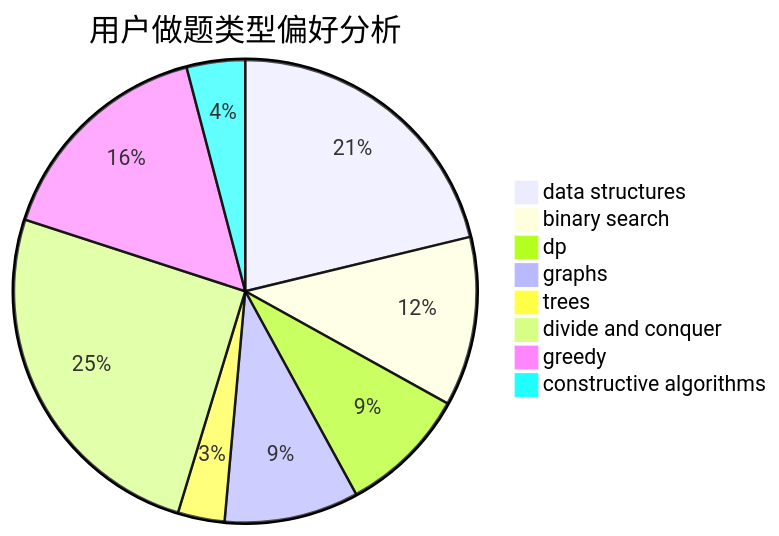
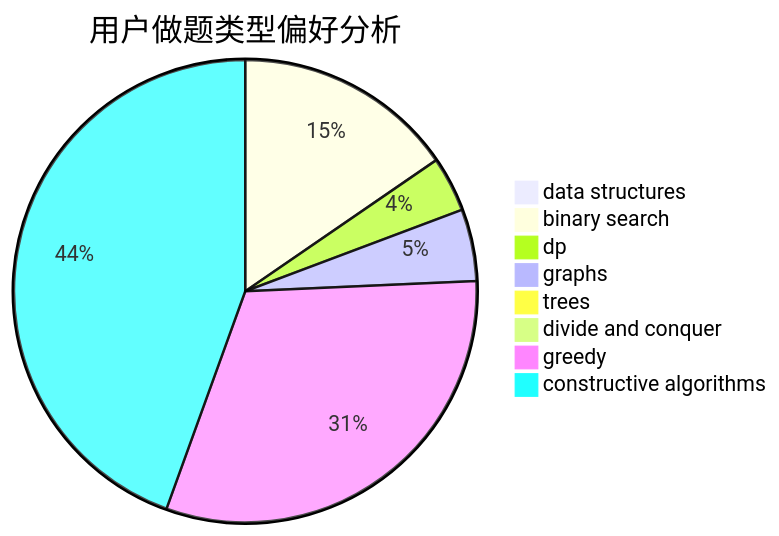
Before and after one commit to sherpahu/cfrs.github.io: the second of 3 diagrams in docs/user/u1621.md, drawn with Mermaid. The commit also changed other lines of this file and 2770 other files, not shown here.

````diff
--- a/docs/user/u1621.md
+++ b/docs/user/u1621.md
@@ -23,11 +23,11 @@
 ```mermaid
 pie title 用户做题类型偏好分析
-    "data structures" :  52
-    "binary search" :  29
-    "dp" :  22
-    "graphs" :  23
-    "trees" :  8
-    "divide and conquer" :  62
-    "greedy" :  39
-    "constructive algorithms" :  10
+    "data structures" :  0
+    "binary search" :  120
+    "dp" :  30
+    "graphs" :  39
+    "trees" :  0
+    "divide and conquer" :  0
+    "greedy" :  243
+    "constructive algorithms" :  346
 ```
````
